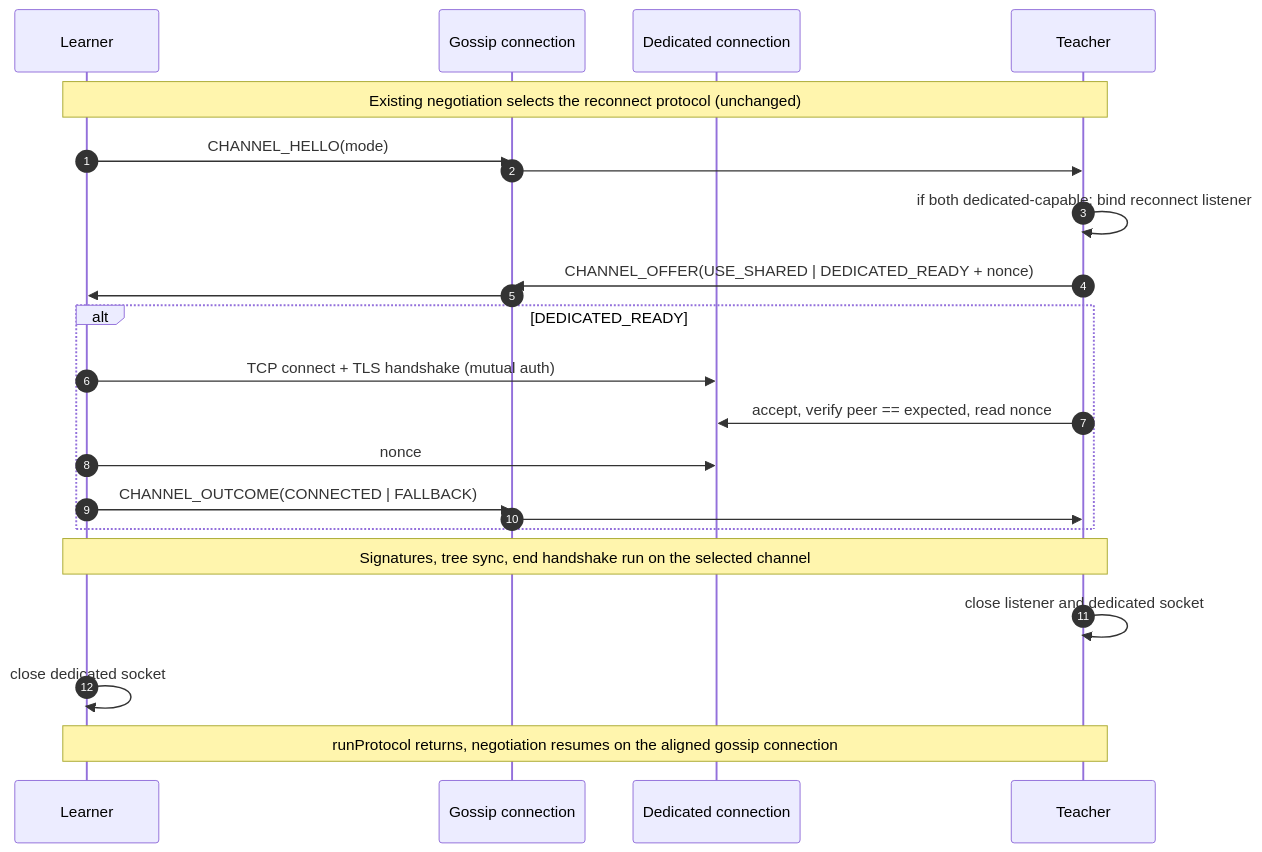
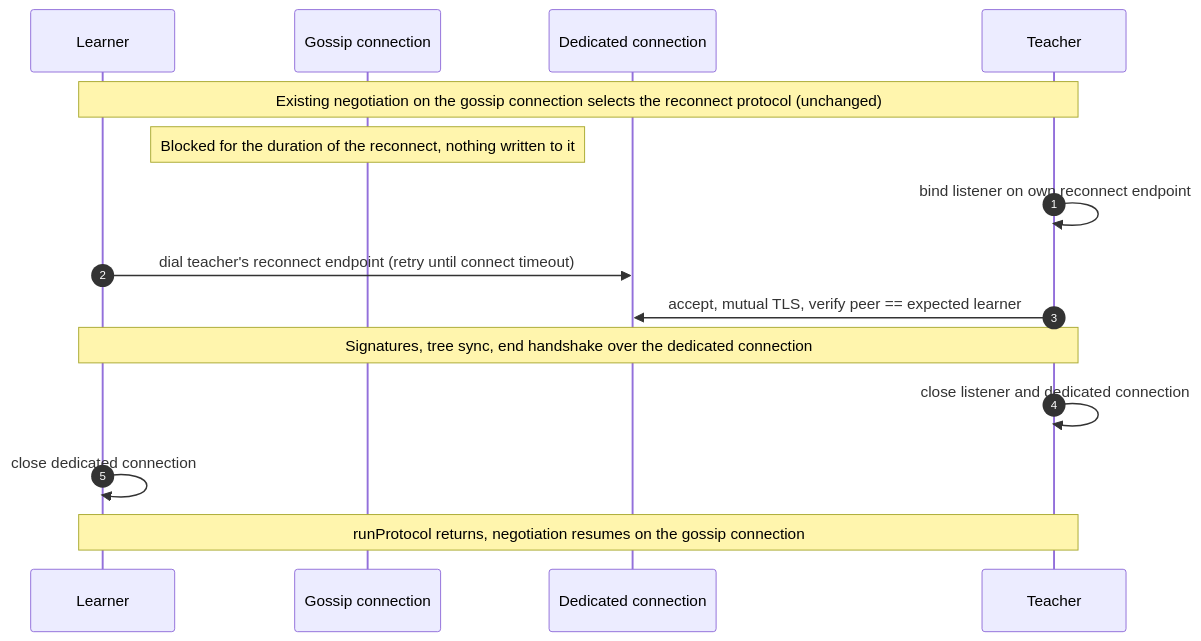
The diagram in platform-sdk/docs/proposals/reconnect-connection/Dedicated-Reconnect-Connection.md (hiero-ledger/hiero-consensus-node), drawn with Mermaid before and after one commit. The commit also changed other lines of this file, not shown here.

````diff
--- a/platform-sdk/docs/proposals/reconnect-connection/Dedicated-Reconnect-Connection.md
+++ b/platform-sdk/docs/proposals/reconnect-connection/Dedicated-Reconnect-Connection.md
@@ -115,26 +134,18 @@
 ```mermaid
 sequenceDiagram
-  autonumber
-  participant L as Learner
-  participant G as Gossip connection
-  participant D as Dedicated connection
-  participant T as Teacher
+    autonumber
+    participant L as Learner
+    participant G as Gossip connection
+    participant D as Dedicated connection
+    participant T as Teacher
 
-  Note over L,T: Existing negotiation selects the reconnect protocol (unchanged)
-  L->>G: CHANNEL_HELLO(mode)
-G->>T: 
-    T->>T: if both dedicated-capable: bind reconnect listener
-T->>G: CHANNEL_OFFER(USE_SHARED | DEDICATED_READY + nonce)
-G->>L:
-alt DEDICATED_READY
-L->>D: TCP connect + TLS handshake (mutual auth)
-T->>D: accept, verify peer == expected, read nonce
-L->>D: nonce
-L->>G: CHANNEL_OUTCOME(CONNECTED | FALLBACK)
-G->>T:
-end
-Note over L,T: Signatures, tree sync, end handshake run on the selected channel
-T->>T: close listener and dedicated socket
-L->>L: close dedicated socket
-Note over L,T: runProtocol returns, negotiation resumes on the aligned gossip connection
+    Note over L,T: Existing negotiation on the gossip connection selects the reconnect protocol (unchanged)
+    Note over G: Blocked for the duration of the reconnect, nothing written to it
+    T->>T: bind listener on own reconnect endpoint
+    L->>D: dial teacher's reconnect endpoint (retry until connect timeout)
+    T->>D: accept, mutual TLS, verify peer == expected learner
+    Note over L,T: Signatures, tree sync, end handshake over the dedicated connection
+    T->>T: close listener and dedicated connection
+    L->>L: close dedicated connection
+    Note over L,T: runProtocol returns, negotiation resumes on the gossip connection
 ```
````
